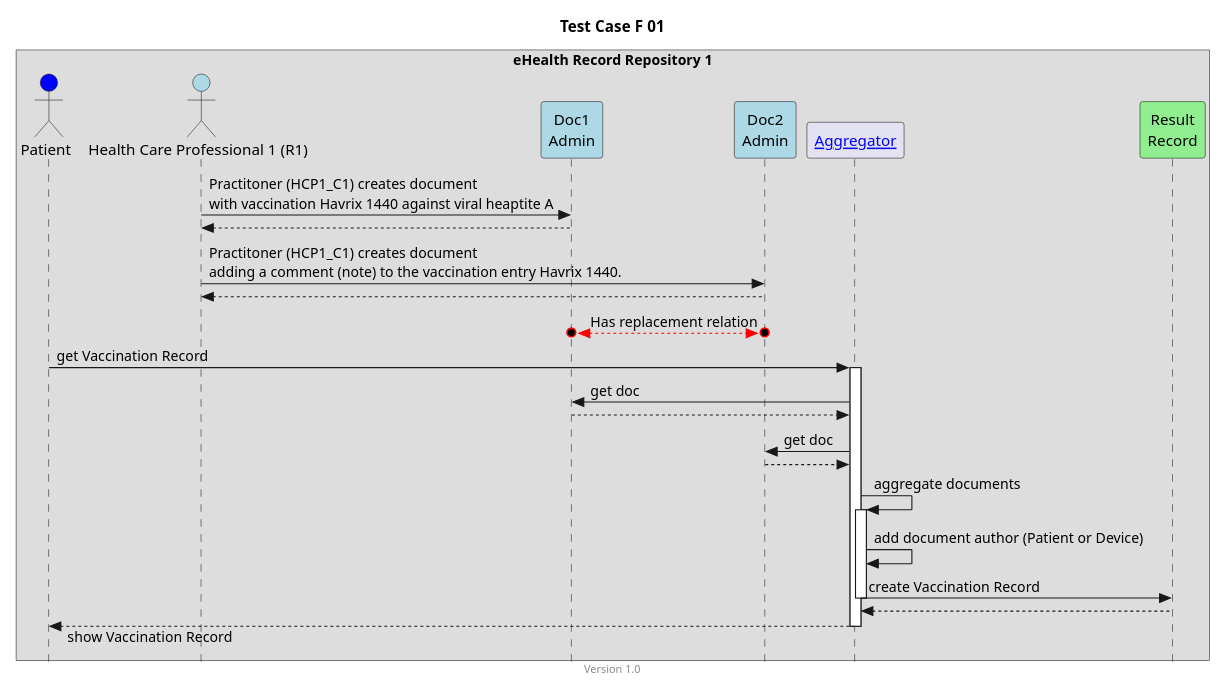
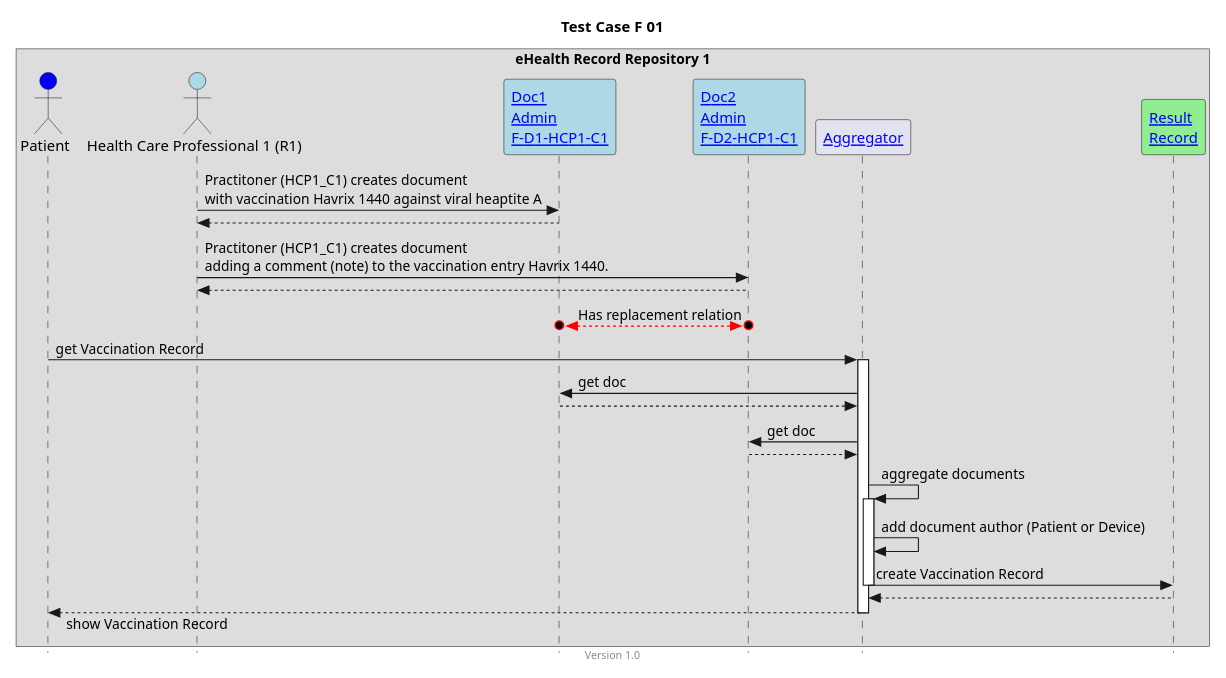
One commit to hl7ch/ch-vacd changed the diagram in input/images-source/TCF01.plantuml. Above: the diagram before and after it, drawn with PlantUML. The commit also changed 27 other files, not shown here.

Commit message:
add links to TC diagrams and links on different places to serve better informations to users #354

```diff
--- a/input/images-source/TCF01.plantuml
+++ b/input/images-source/TCF01.plantuml
@@ -1,46 +1,45 @@
 @startuml
 title Test Case F 01
 footer Version 1.0
 skinparam responseMessageBelowArrow true
 skinparam style strictuml
 scale max 800 width
 
-
 box "eHealth Record Repository 1"
 actor "Patient" as PAT #blue
 actor "Health Care Professional 1 (R1)" as HCP1_C1 #lightblue
-participant "Doc1\nAdmin" as Doc1 #lightblue
-participant "Doc2\nAdmin" as Doc2 #lightblue
+participant "[[Bundle-F-D1-HCP1-C1.html Doc1\nAdmin\nF-D1-HCP1-C1]]" as Doc1 #lightblue
+participant "[[Bundle-F-D2-HCP1-C1.html Doc2\nAdmin\nF-D2-HCP1-C1]]" as Doc2 #lightblue
 participant "[[aggregator.html Aggregator]]" as AGG
-participant "Result\nRecord" as RES #lightgreen
+participant "[[Bundle-RDF01.html Result\nRecord\n]]" as RES #lightgreen
 end box
 
 HCP1_C1 -> Doc1: Practitoner (HCP1_C1) creates document\nwith vaccination Havrix 1440 against viral heaptite A
 HCP1_C1 <-- Doc1
 
 HCP1_C1 -> Doc2: Practitoner (HCP1_C1) creates document\nadding a comment (note) to the vaccination entry Havrix 1440.
 HCP1_C1 <-- Doc2
 
 Doc2 o<-[#red]->o Doc1: Has replacement relation
 
 PAT -> AGG: get Vaccination Record
 activate AGG
 
 AGG -> Doc1: get doc
 AGG <-- Doc1
 
 AGG -> Doc2: get doc
 AGG <-- Doc2
  
 AGG -> AGG: aggregate documents 
 activate AGG
 AGG -> AGG: add document author (Patient or Device)
 AGG -> RES: create Vaccination Record
 deactivate AGG
 AGG <-- RES
 
 PAT <-- AGG: show Vaccination Record
 deactivate AGG
 
 
 @enduml
```
